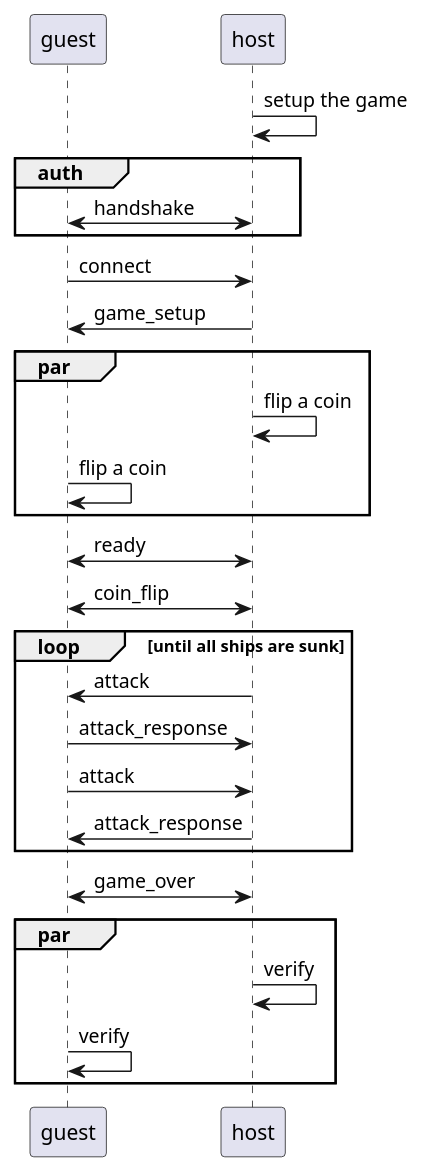
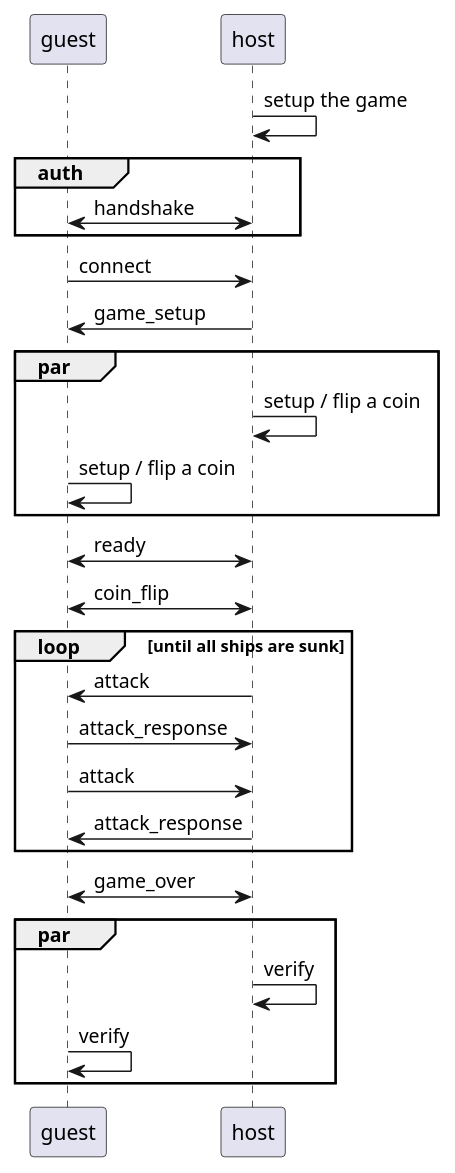
One commit to WinglessSparrow/P2PBattleship changed the diagram in docs/puml/battleshipGameLoop.puml. Above: the diagram before and after it, drawn with PlantUML. The commit also changed 1 other file, not shown here.

```diff
--- a/docs/puml/battleshipGameLoop.puml
+++ b/docs/puml/battleshipGameLoop.puml
@@ -1,38 +1,38 @@
 @startuml battleshipGameLoop
 participant guest
 participant host
 
 host -> host: setup the game
 
 group auth
 guest <-> host: handshake
 end
 
 guest -> host: connect
 host -> guest: game_setup
 
 par
-host -> host: flip a coin
-guest -> guest: flip a coin
+host -> host: setup / flip a coin
+guest -> guest: setup / flip a coin
 end
 
 guest <-> host: ready
 
 host <-> guest: coin_flip
 
 loop until all ships are sunk
     host -> guest: attack
     guest -> host: attack_response
     guest -> host: attack
     host -> guest: attack_response
 end
 
 host <-> guest: game_over
 
 par
 host -> host: verify
 guest -> guest: verify
 end
 
 
 @enduml
```
